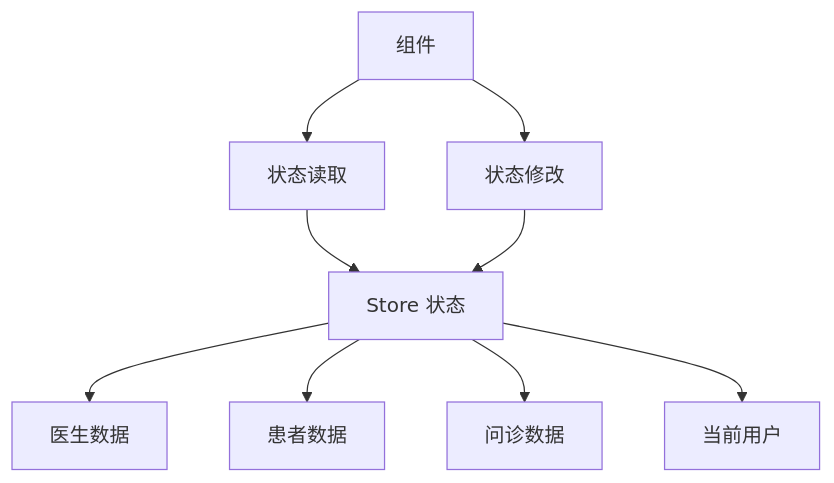
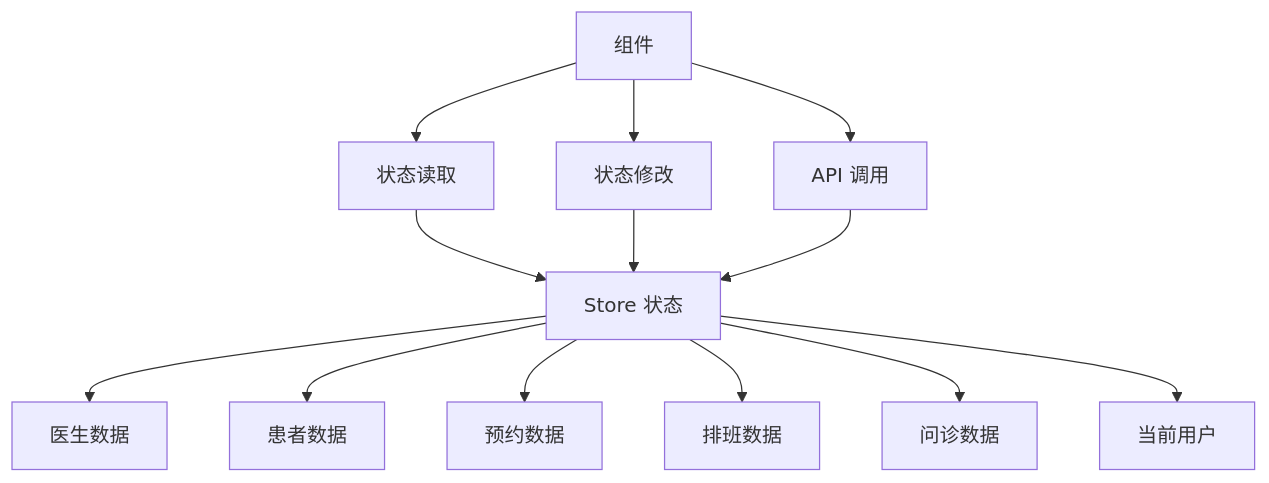
The sixth of 12 diagrams in .asdm/contexts/architecture.md (vibecodingshow/qa-live-healthcare), drawn with Mermaid before and after one commit. The commit also changed other lines of this file and 6 other files, not shown here.

````diff
--- a/.asdm/contexts/architecture.md
+++ b/.asdm/contexts/architecture.md
@@ -99,13 +144,17 @@
 ```mermaid
 graph TB
     A[Store 状态] --> B[医生数据]
     A --> C[患者数据]
-    A --> D[问诊数据]
-    A --> E[当前用户]
+    A --> D[预约数据]
+    A --> E[排班数据]
+    A --> F[问诊数据]
+    A --> G[当前用户]
     
-    F[组件] --> G[状态读取]
-    F --> H[状态修改]
+    H[组件] --> I[状态读取]
+    H --> J[状态修改]
+    H --> K[API 调用]
     
-    G --> A
-    H --> A
+    I --> A
+    J --> A
+    K --> A
 ```
````
